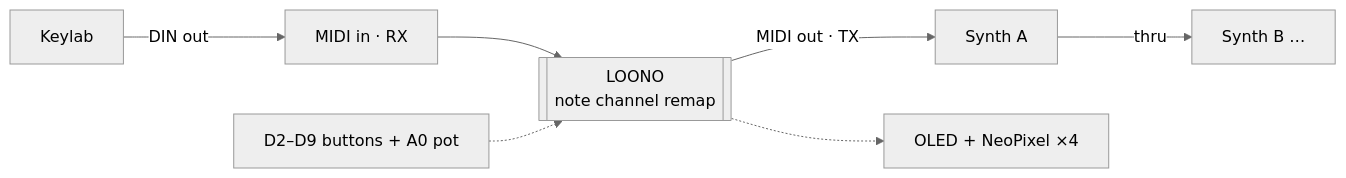
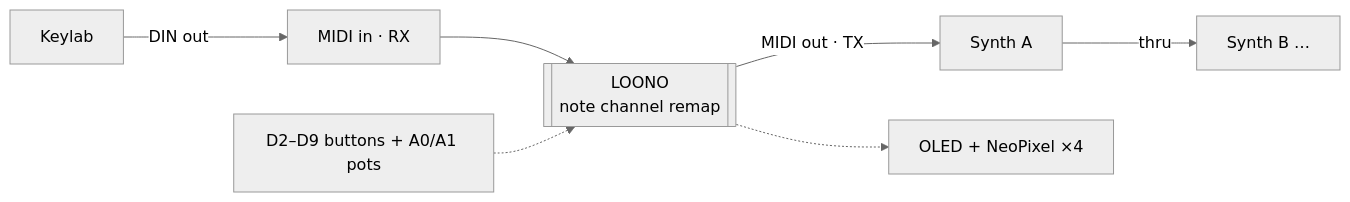
The diagram in README.md (behivee-workshop/Loono), drawn with Mermaid (neutral theme) before and after one commit. The commit also changed other lines of this file and 1 other file, not shown here.

First line of the commit message:
Add a 64-step store with a length pot on A1

````diff
--- a/README.md
+++ b/README.md
@@ -9,9 +9,9 @@
 ```mermaid
 flowchart LR
     KB[Keylab] -->|DIN out| MI[MIDI in · RX]
     MI --> LOONO[["LOONO<br/>note channel remap"]]
     LOONO -->|MIDI out · TX| SA[Synth A]
     SA -->|thru| SB[Synth B …]
-    CTRL[D2–D9 buttons + A0 pot] -.-> LOONO
+    CTRL[D2–D9 buttons + A0/A1 pots] -.-> LOONO
     LOONO -.-> OUT[OLED + NeoPixel ×4]
 ```
````
